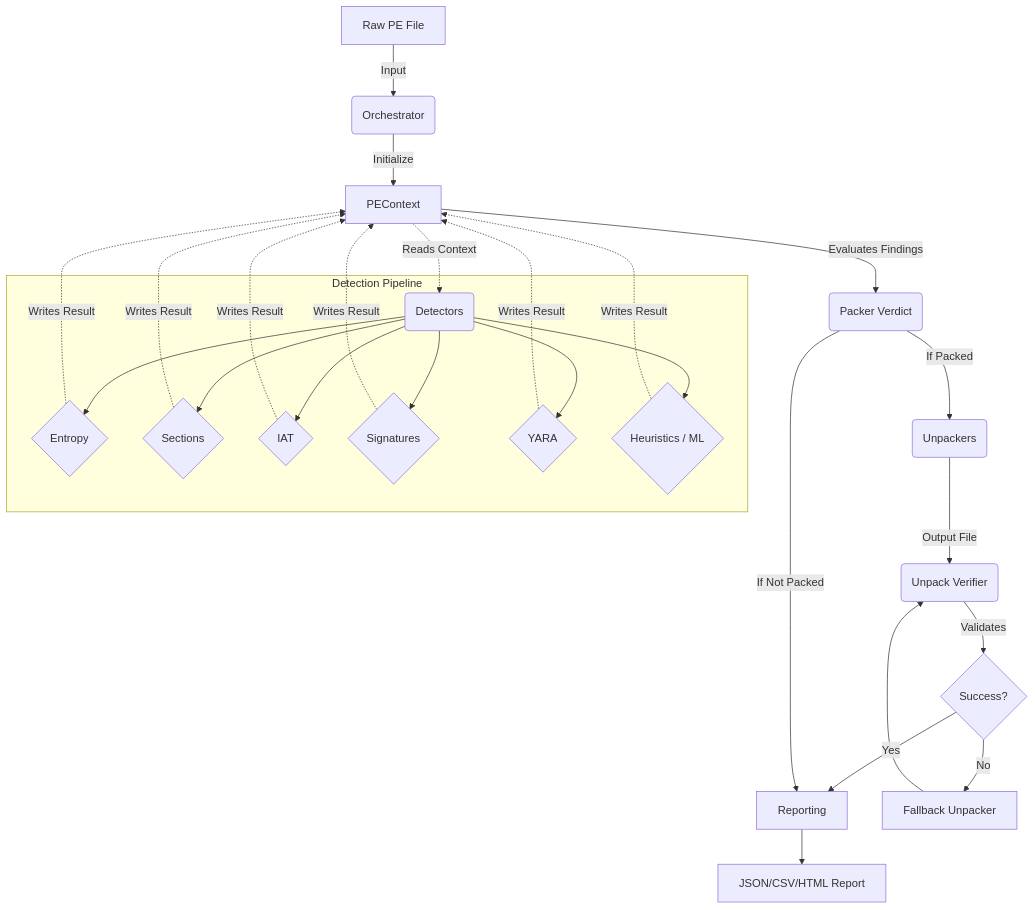
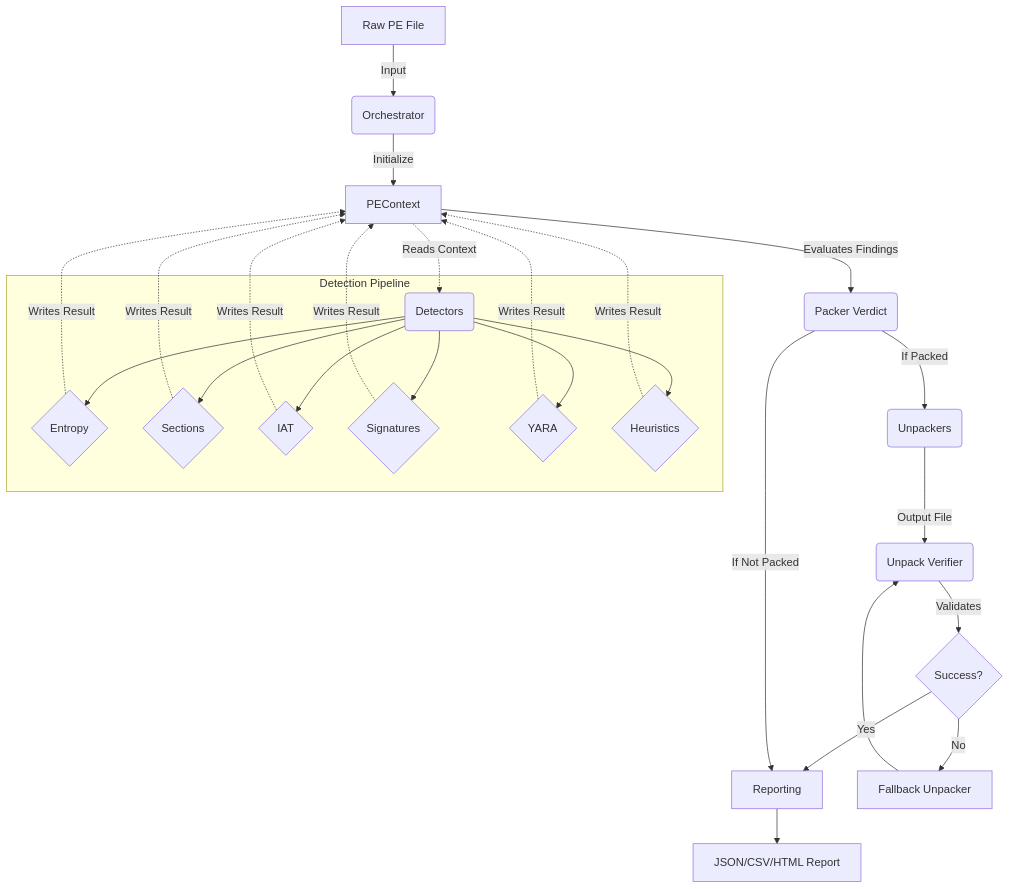
Before and after one commit to salmanmallah/packerscope: the first of 3 diagrams in docs/architecture.md, drawn with Mermaid. The commit also changed other lines of this file and 20 other files, not shown here.

````diff
--- a/docs/architecture.md
+++ b/docs/architecture.md
@@ -32,30 +31,30 @@
 ```mermaid
 graph TD
     A[Raw PE File] -->|Input| B(Orchestrator)
     B -->|Initialize| C[PEContext]
     C -.->|Reads Context| D(Detectors)
     
     subgraph Detection Pipeline
         D --> E{Entropy}
         D --> F{Sections}
         D --> G{IAT}
         D --> H{Signatures}
         D --> I{YARA}
-        D --> J{Heuristics / ML}
+        D --> J{Heuristics}
     end
     
     E & F & G & H & I & J -.->|Writes Result| C
     
     C -->|Evaluates Findings| K(Packer Verdict)
     
     K -->|If Packed| L(Unpackers)
     L -->|Output File| M(Unpack Verifier)
     M -->|Validates| N{Success?}
     N -- Yes --> O[Reporting]
     N -- No --> P[Fallback Unpacker]
     P --> M
     
     K -->|If Not Packed| O
     
     O --> Q[JSON/CSV/HTML Report]
 ```
````
